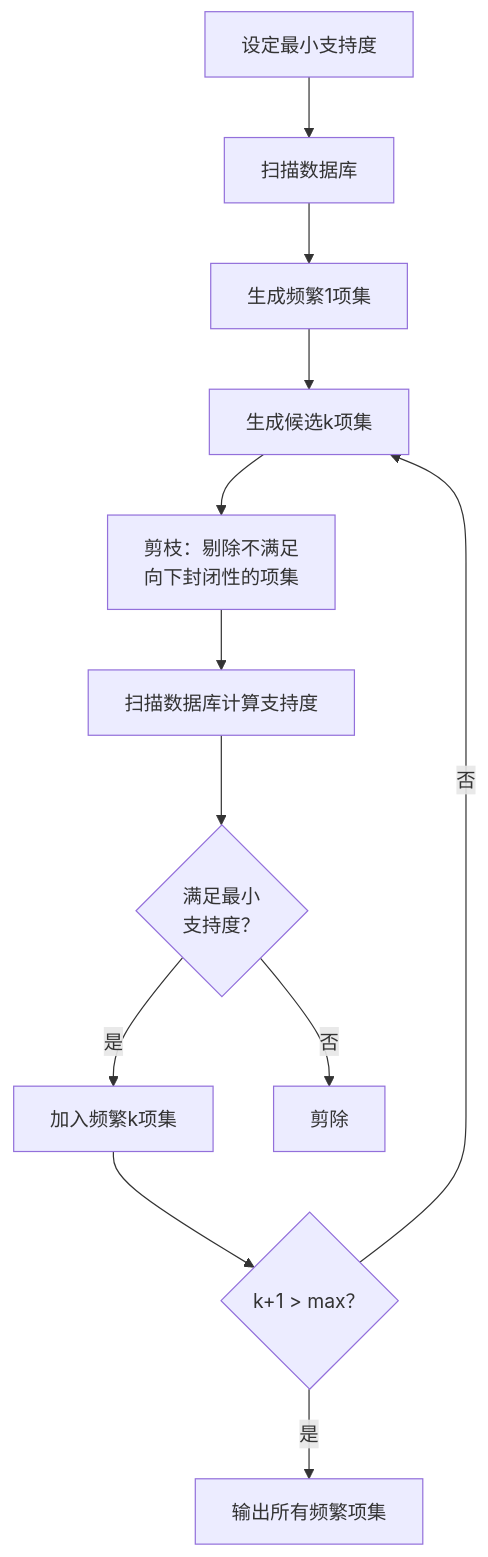
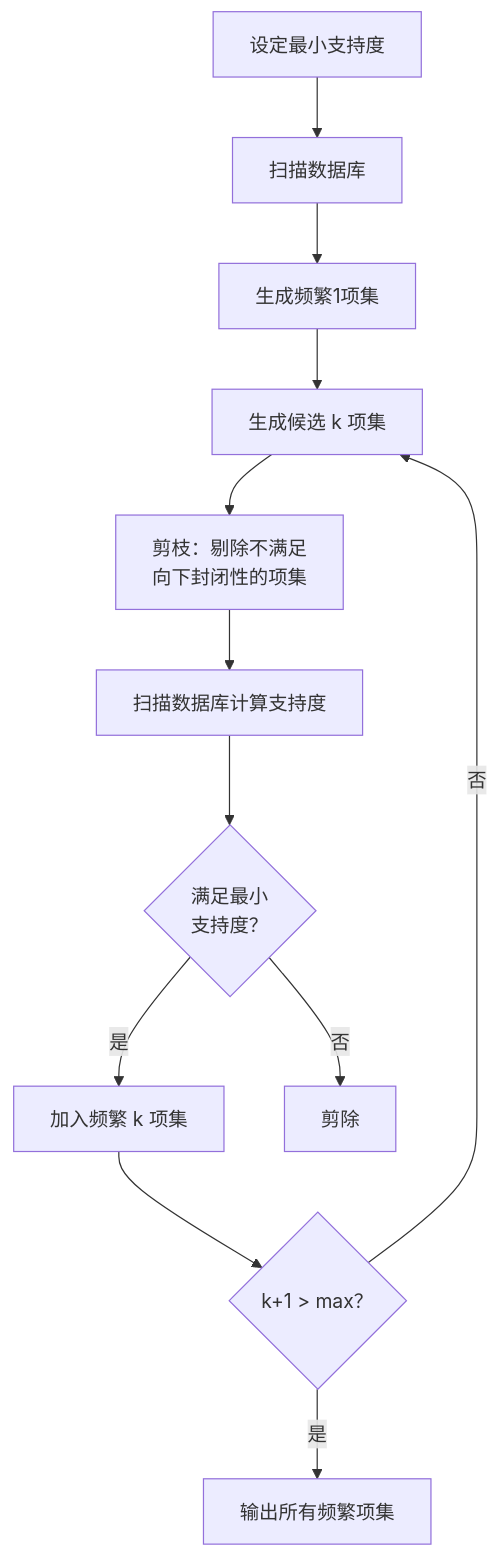
Before and after one commit to Tianshang301/TianshangKnowledgeBase: the second of 2 diagrams in 07_InterdisciplinarySciences/DataScience/DataMiningOverview.md, drawn with Mermaid. The commit also changed other lines of this file and 2257 other files, not shown here.

````diff
--- a/07_InterdisciplinarySciences/DataScience/DataMiningOverview.md
+++ b/07_InterdisciplinarySciences/DataScience/DataMiningOverview.md
@@ -108,14 +110,14 @@
 ```mermaid
 flowchart TD
     A[设定最小支持度] --> B[扫描数据库]
     B --> C[生成频繁1项集]
-    C --> D[生成候选k项集]
+    C --> D[生成候选 k 项集]
     D --> E[剪枝：剔除不满足<br/>向下封闭性的项集]
     E --> F[扫描数据库计算支持度]
     F --> G{满足最小<br/>支持度？}
-    G -->|是| H[加入频繁k项集]
+    G -->|是| H[加入频繁 k 项集]
     G -->|否| I[剪除]
     H --> J{k+1 > max？}
     J -->|否| D
     J -->|是| K[输出所有频繁项集]
 ```
````
